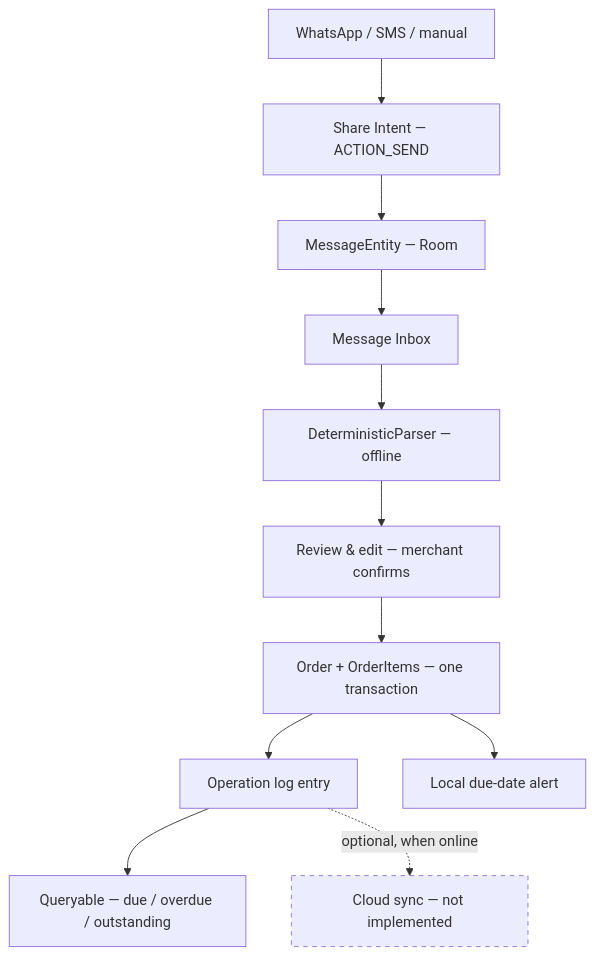
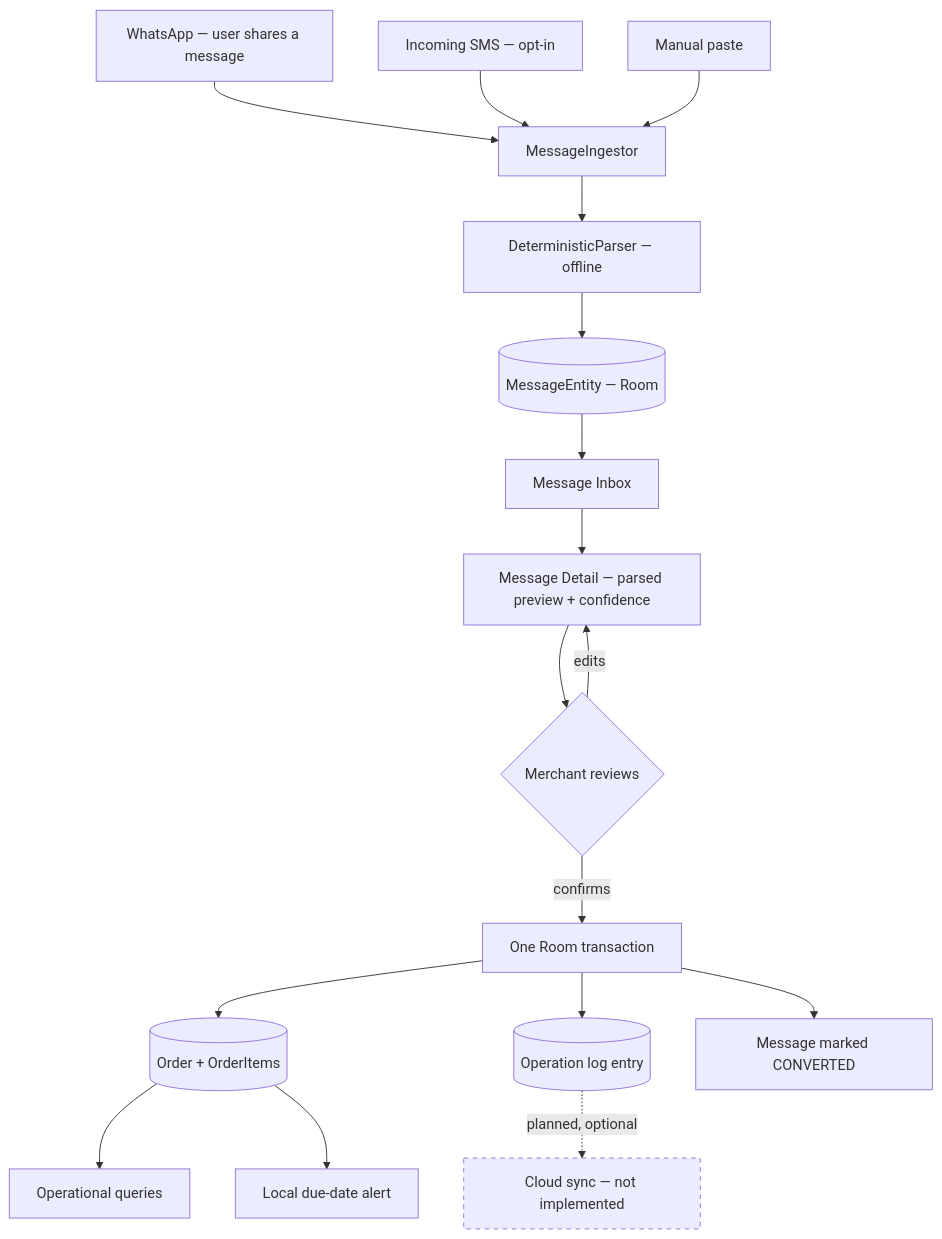
One commit to nakul09i/DevCraft changed the first of 2 diagrams in README.md. Above: the diagram before and after it, drawn with Mermaid. The commit also changed other lines of this file, not shown here.

````diff
--- a/README.md
+++ b/README.md
@@ -76,15 +94,24 @@
 ```mermaid
 flowchart TD
-    A["WhatsApp / SMS / manual"] --> B["Share Intent — ACTION_SEND"]
-    B --> C["MessageEntity — Room"]
-    C --> D["Message Inbox"]
-    D --> E["DeterministicParser — offline"]
-    E --> F["Review & edit — merchant confirms"]
-    F --> G["Order + OrderItems — one transaction"]
-    G --> H["Operation log entry"]
-    H --> I["Queryable — due / overdue / outstanding"]
-    G --> J["Local due-date alert"]
-    H -.->|"optional, when online"| K["Cloud sync — not implemented"]
+    A1["WhatsApp — user shares a message"] --> B
+    A2["Incoming SMS — opt-in"] --> B
+    A3["Manual paste"] --> B
 
-    style K stroke-dasharray: 5 5
+    B["MessageIngestor"] --> C["DeterministicParser — offline"]
+    C --> D[("MessageEntity — Room")]
+    D --> E["Message Inbox"]
+    E --> F["Message Detail — parsed preview + confidence"]
+    F --> G{"Merchant reviews"}
+    G -->|edits| F
+    G -->|confirms| H["One Room transaction"]
+
+    H --> I[("Order + OrderItems")]
+    H --> J[("Operation log entry")]
+    H --> K["Message marked CONVERTED"]
+
+    I --> L["Operational queries"]
+    I --> M["Local due-date alert"]
+    J -.->|"planned, optional"| N["Cloud sync — not implemented"]
+
+    style N stroke-dasharray: 5 5
 ```
````
